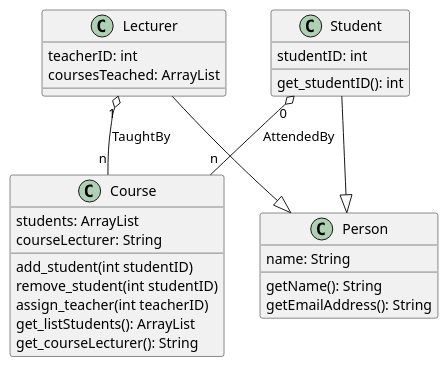
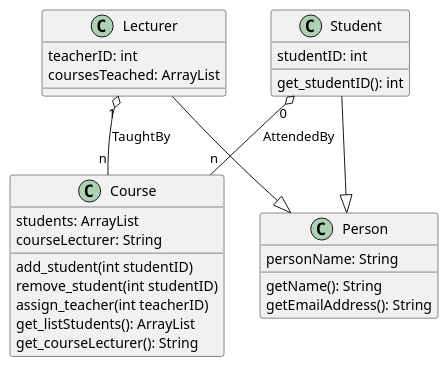
One commit to ronaldngounou/FoundSoftEng changed the diagram in Project1/project1_ex2.wsd. Above: the diagram before and after it, drawn with PlantUML.

Commit message:
modified input

```diff
--- a/Project1/project1_ex2.wsd
+++ b/Project1/project1_ex2.wsd
@@ -1,37 +1,37 @@
 @startuml
 
 class Course{
     students: ArrayList
     courseLecturer: String
 
     add_student(int studentID)
     remove_student(int studentID)
     assign_teacher(int teacherID)
     get_listStudents(): ArrayList
     get_courseLecturer(): String
 }
 
 class Lecturer{
     teacherID: int
     coursesTeached: ArrayList
 }
 
 
 class Student{
     studentID: int 
     get_studentID(): int 
 }
 
 class Person{
-    name: String
+    personName: String
     getName(): String 
     getEmailAddress(): String 
 }
 
 Lecturer "1" o-- "n" Course : TaughtBy
 Student "0" o-- "n"  Course : AttendedBy
 Lecturer --|> Person
 Student --|> Person 
 
 
 @enduml
```
